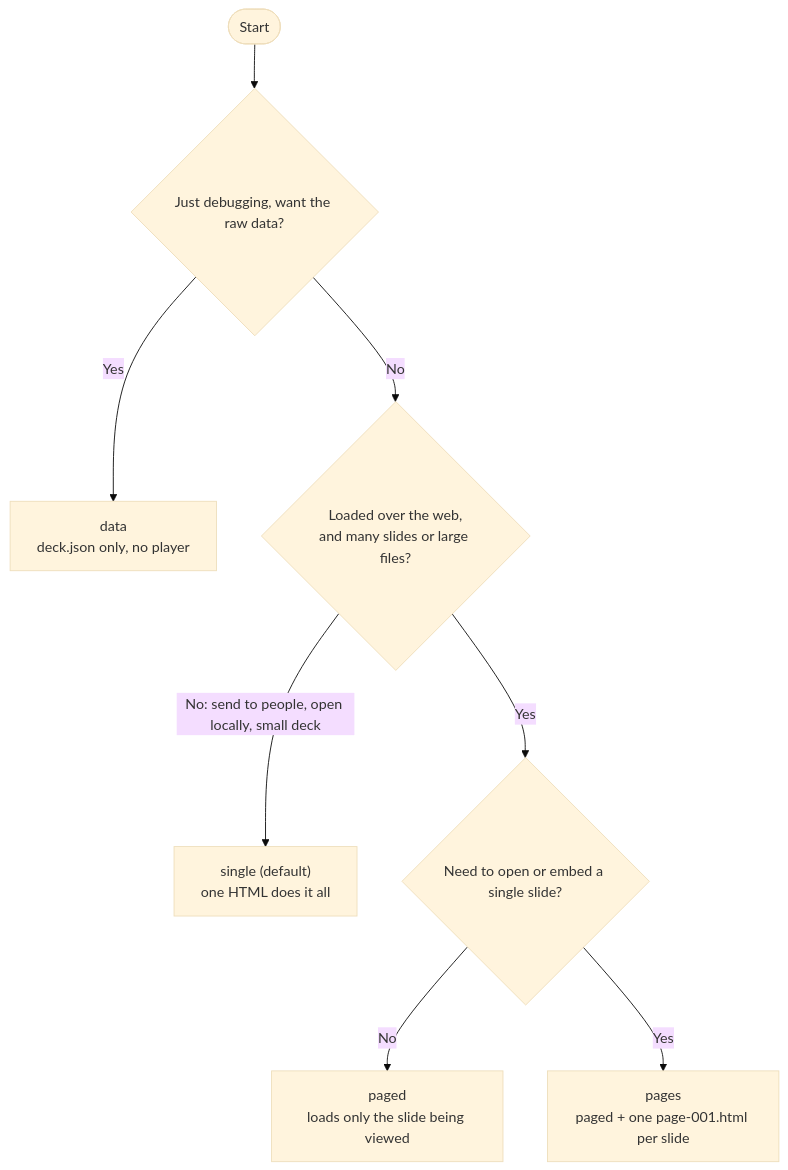
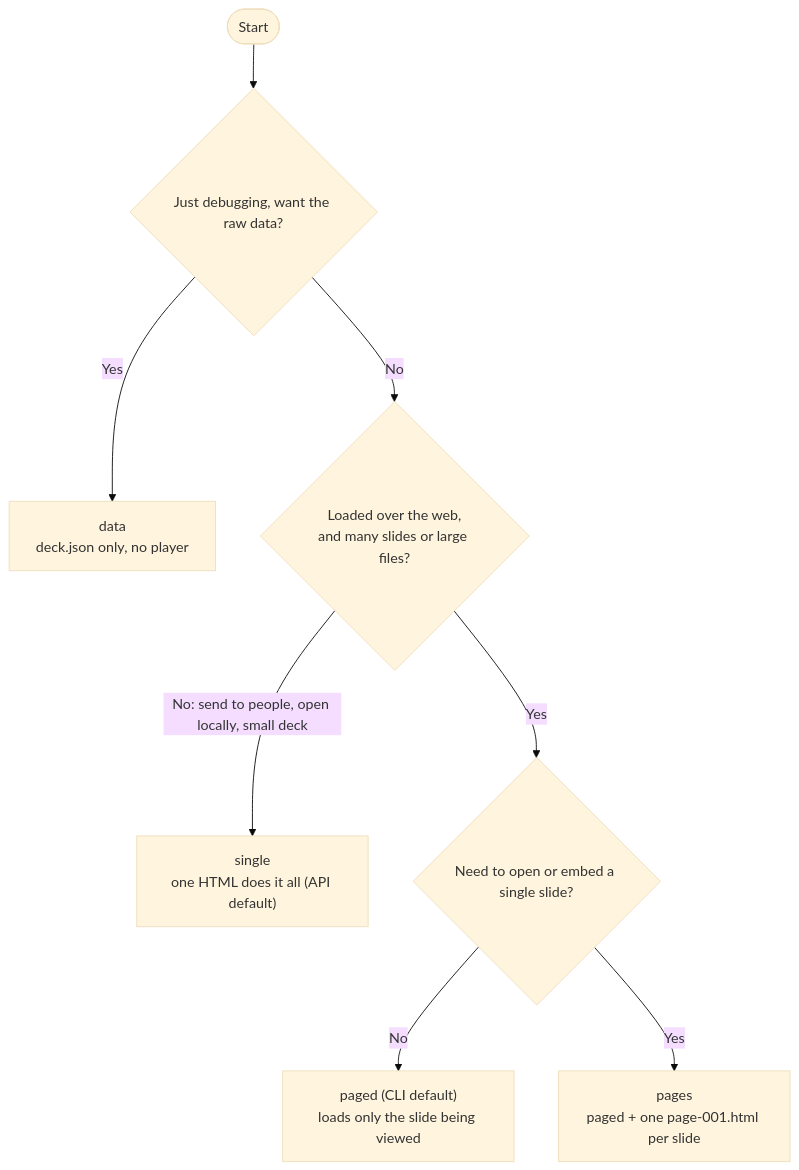
The first of 5 diagrams in docs/en/usage.md (spitmaster/unppt), drawn with Mermaid (base theme) before and after one commit. The commit also changed 20 other files, not shown here.

````diff
--- a/docs/en/usage.md
+++ b/docs/en/usage.md
@@ -15,10 +15,10 @@
 ```mermaid
 flowchart TD
   S(["Start"]) --> Q1{"Just debugging, want the raw data?"}
   Q1 -->|"Yes"| D["data<br/>deck.json only, no player"]
   Q1 -->|"No"| Q2{"Loaded over the web,<br/>and many slides or large files?"}
-  Q2 -->|"No: send to people, open locally, small deck"| SG["single (default)<br/>one HTML does it all"]
+  Q2 -->|"No: send to people, open locally, small deck"| SG["single<br/>one HTML does it all (API default)"]
   Q2 -->|"Yes"| Q3{"Need to open or embed a single slide?"}
-  Q3 -->|"No"| PG["paged<br/>loads only the slide being viewed"]
+  Q3 -->|"No"| PG["paged (CLI default)<br/>loads only the slide being viewed"]
   Q3 -->|"Yes"| PS["pages<br/>paged + one page-001.html per slide"]
 ```
````
